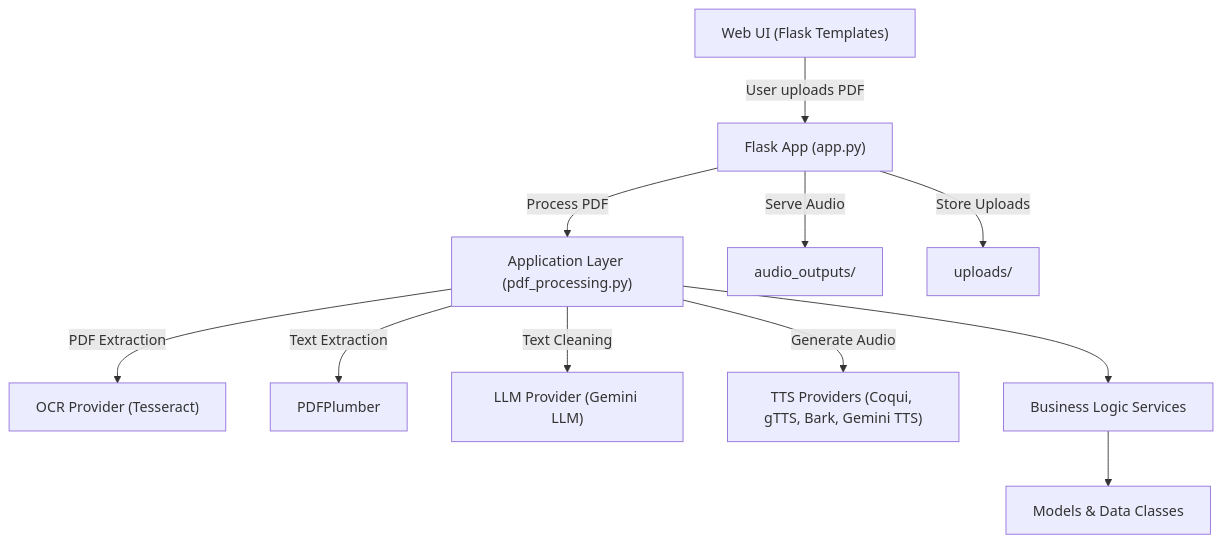
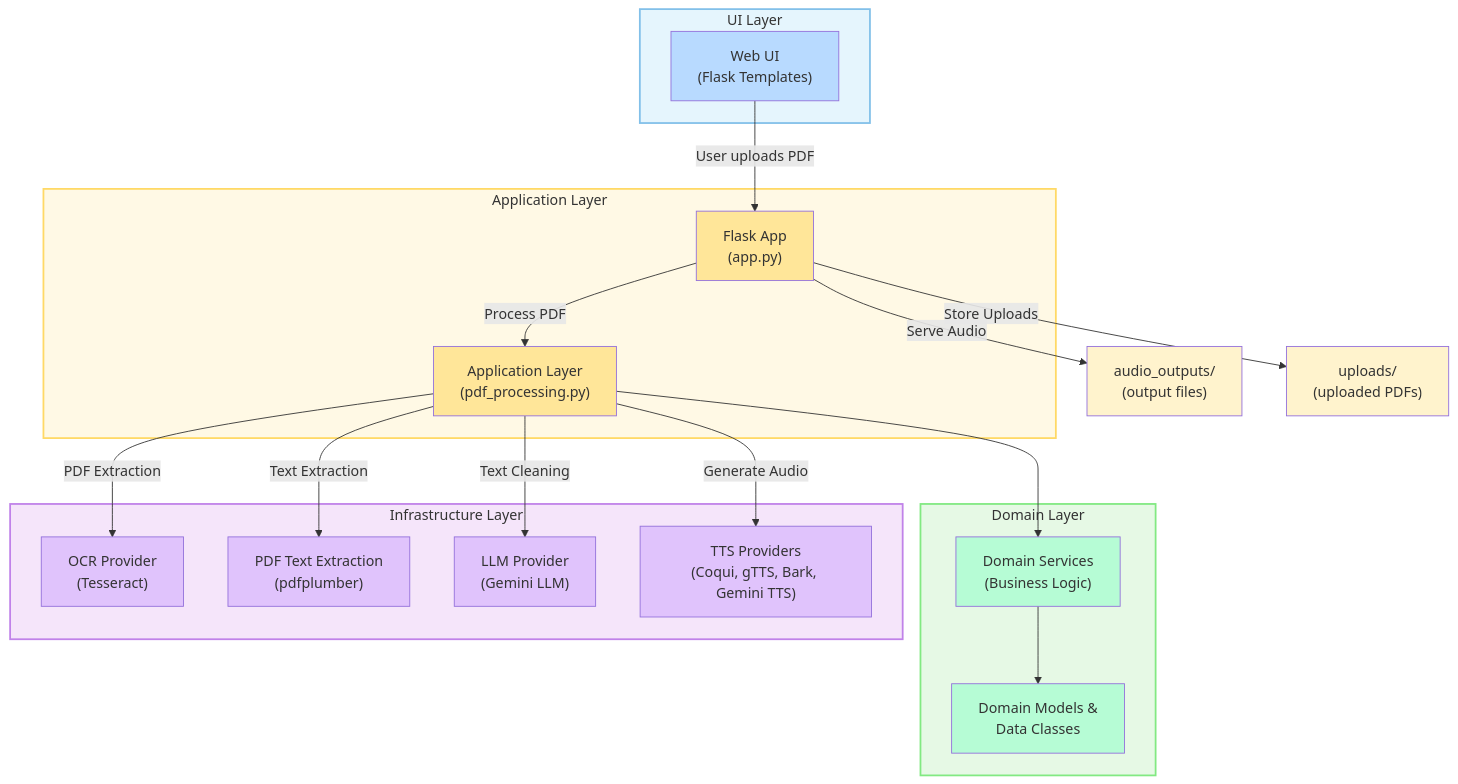
The diagram in mmDiagram.md (nbhansen/silly_PDF2WAV), drawn with Mermaid before and after one commit.

````diff
--- a/mmDiagram.md
+++ b/mmDiagram.md
@@ -3,27 +3,70 @@
 ```mermaid
 flowchart TD
-  UI["Web UI (Flask Templates)"]
-  APP["Flask App (app.py)"]
-  APP_SERVICE["Application Layer (pdf_processing.py)"]
-  OCR["OCR Provider (Tesseract)"]
-  PDFPLUMBER["PDFPlumber"]
-  LLM["LLM Provider (Gemini LLM)"]
-  TTS["TTS Providers (Coqui, gTTS, Bark, Gemini TTS)"]
-  AUDIO["audio_outputs/"]
-  UPLOADS["uploads/"]
-  MODELS["Models & Data Classes"]
-  DOMAIN_SERVICES["Business Logic Services"]
+  %% NODE DEFINITIONS
+  UI["Web UI<br/>(Flask Templates)"]
+  APP["Flask App<br/>(app.py)"]
+  APP_SERVICE["Application Layer<br/>(pdf_processing.py)"]
+  OCR["OCR Provider<br/>(Tesseract)"]
+  PDFPLUMBER["PDF Text Extraction<br/>(pdfplumber)"]
+  LLM["LLM Provider<br/>(Gemini LLM)"]
+  TTS["TTS Providers<br/>(Coqui, gTTS, Bark, Gemini TTS)"]
+  AUDIO["audio_outputs/<br/>(output files)"]
+  UPLOADS["uploads/<br/>(uploaded PDFs)"]
+  MODELS["Domain Models &<br/>Data Classes"]
+  DOMAIN_SERVICES["Domain Services<br/>(Business Logic)"]
 
+  %% SUBGRAPHS
+  subgraph UI_LAYER["UI Layer"]
+    UI
+  end
+
+  subgraph APP_LAYER["Application Layer"]
+    APP
+    APP_SERVICE
+  end
+
+  subgraph DOMAIN_LAYER["Domain Layer"]
+    MODELS
+    DOMAIN_SERVICES
+  end
+
+  subgraph INFRA_LAYER["Infrastructure Layer"]
+    OCR
+    PDFPLUMBER
+    LLM
+    TTS
+  end
+
+  %% FLOWS
   UI -->|User uploads PDF| APP
   APP -->|Process PDF| APP_SERVICE
+
   APP_SERVICE -->|PDF Extraction| OCR
   APP_SERVICE -->|Text Extraction| PDFPLUMBER
   APP_SERVICE -->|Text Cleaning| LLM
   APP_SERVICE -->|Generate Audio| TTS
 
   APP_SERVICE --> DOMAIN_SERVICES
   DOMAIN_SERVICES --> MODELS
 
   APP -->|Serve Audio| AUDIO
   APP -->|Store Uploads| UPLOADS
+
+  %% COLORS
+  style UI_LAYER fill:#e5f5fd,stroke:#82c0e9,stroke-width:2px
+  style APP_LAYER fill:#fff9e5,stroke:#ffd966,stroke-width:2px
+  style DOMAIN_LAYER fill:#e6f9e5,stroke:#82e982,stroke-width:2px
+  style INFRA_LAYER fill:#f5e5fa,stroke:#c082e9,stroke-width:2px
+
+  style UI fill:#b8daff
+  style APP fill:#ffe699
+  style APP_SERVICE fill:#ffe699
+  style DOMAIN_SERVICES fill:#b6fcd5
+  style MODELS fill:#b6fcd5
+  style OCR fill:#e0c3fc
+  style PDFPLUMBER fill:#e0c3fc
+  style LLM fill:#e0c3fc
+  style TTS fill:#e0c3fc
+  style AUDIO fill:#fff3cd
+  style UPLOADS fill:#fff3cd
 ```
````
